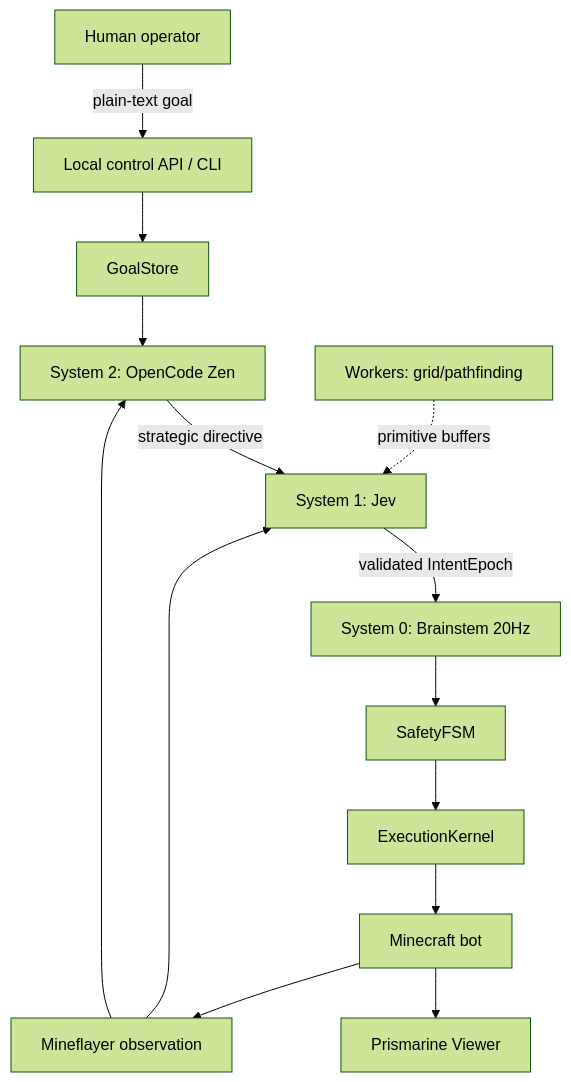
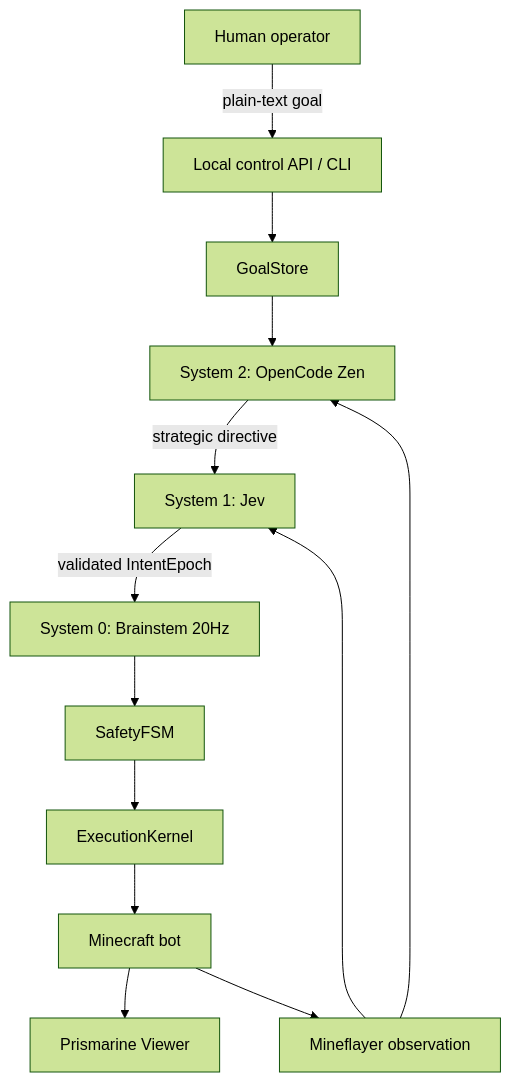
One commit to Rohan0603/NeuroBlock changed the diagram in PROJECT_MASTER.md. Above: the diagram before and after it, drawn with Mermaid (forest theme). The commit also changed other lines of this file and 22 other files, not shown here.

````diff
--- a/PROJECT_MASTER.md
+++ b/PROJECT_MASTER.md
@@ -55,16 +62,15 @@
 ```mermaid
 flowchart TD
   H[Human operator] -->|plain-text goal| C[Local control API / CLI]
   C --> G[GoalStore]
   G --> S2[System 2: OpenCode Zen]
   S2 -->|strategic directive| S1[System 1: Jev]
   O[Mineflayer observation] --> S2
   O --> S1
   S1 -->|validated IntentEpoch| S0[System 0: Brainstem 20Hz]
   S0 --> SAFE[SafetyFSM]
   SAFE --> K[ExecutionKernel]
   K --> B[Minecraft bot]
   B --> V[Prismarine Viewer]
   B --> O
-  W[Workers: grid/pathfinding] -. primitive buffers .-> S1
 ```
````
